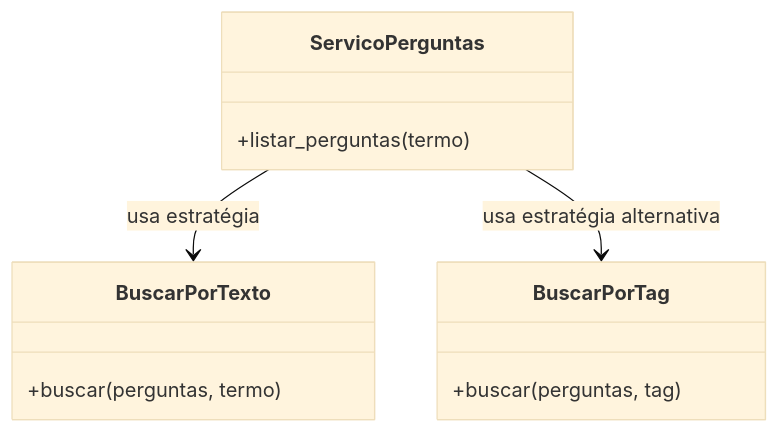
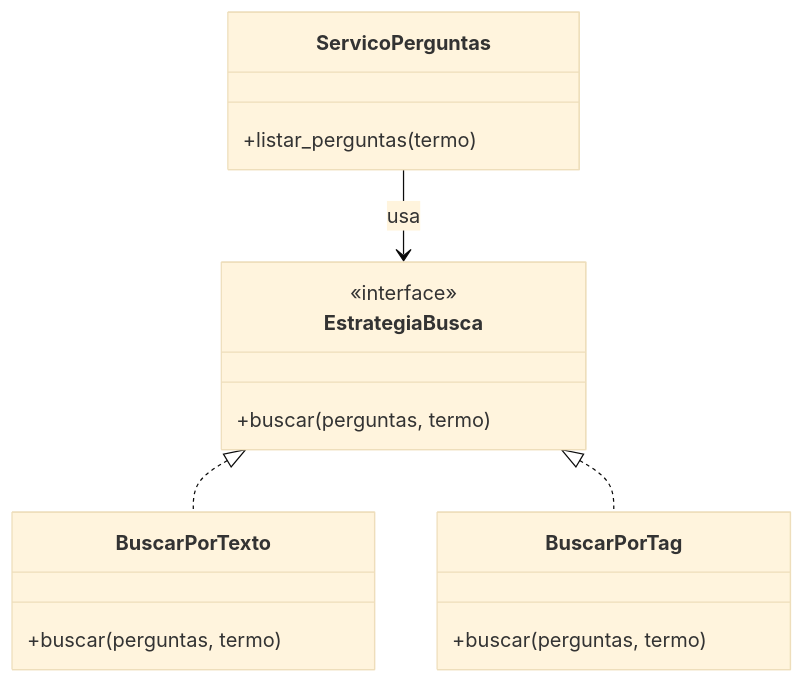
One commit to diastsx/esmforum changed the diagram in padrao_strategy.mmd. Above: the diagram before and after it, drawn with Mermaid (base theme). The commit also changed 11 other files, not shown here.

```diff
--- a/padrao_strategy.mmd
+++ b/padrao_strategy.mmd
@@ -1,15 +1,21 @@
 classDiagram
     class ServicoPerguntas {
         +listar_perguntas(termo)
+    }
+
+    class EstrategiaBusca {
+        <<interface>>
+        +buscar(perguntas, termo)
     }
 
     class BuscarPorTexto {
         +buscar(perguntas, termo)
     }
 
     class BuscarPorTag {
-        +buscar(perguntas, tag)
+        +buscar(perguntas, termo)
     }
 
-    ServicoPerguntas --> BuscarPorTexto : usa estratégia
-    ServicoPerguntas --> BuscarPorTag : usa estratégia alternativa
+    ServicoPerguntas --> EstrategiaBusca : usa
+    EstrategiaBusca <|.. BuscarPorTexto
+    EstrategiaBusca <|.. BuscarPorTag
```
